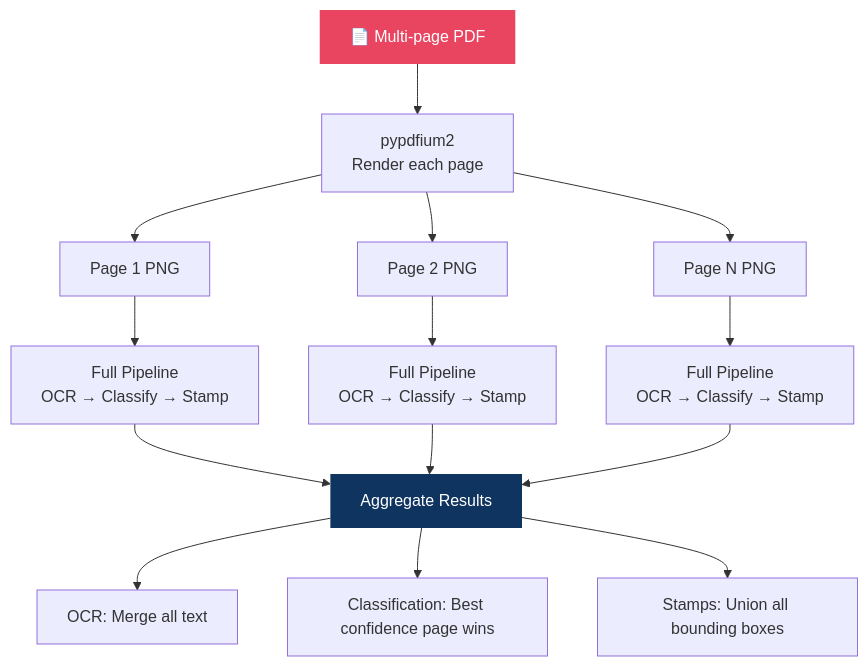
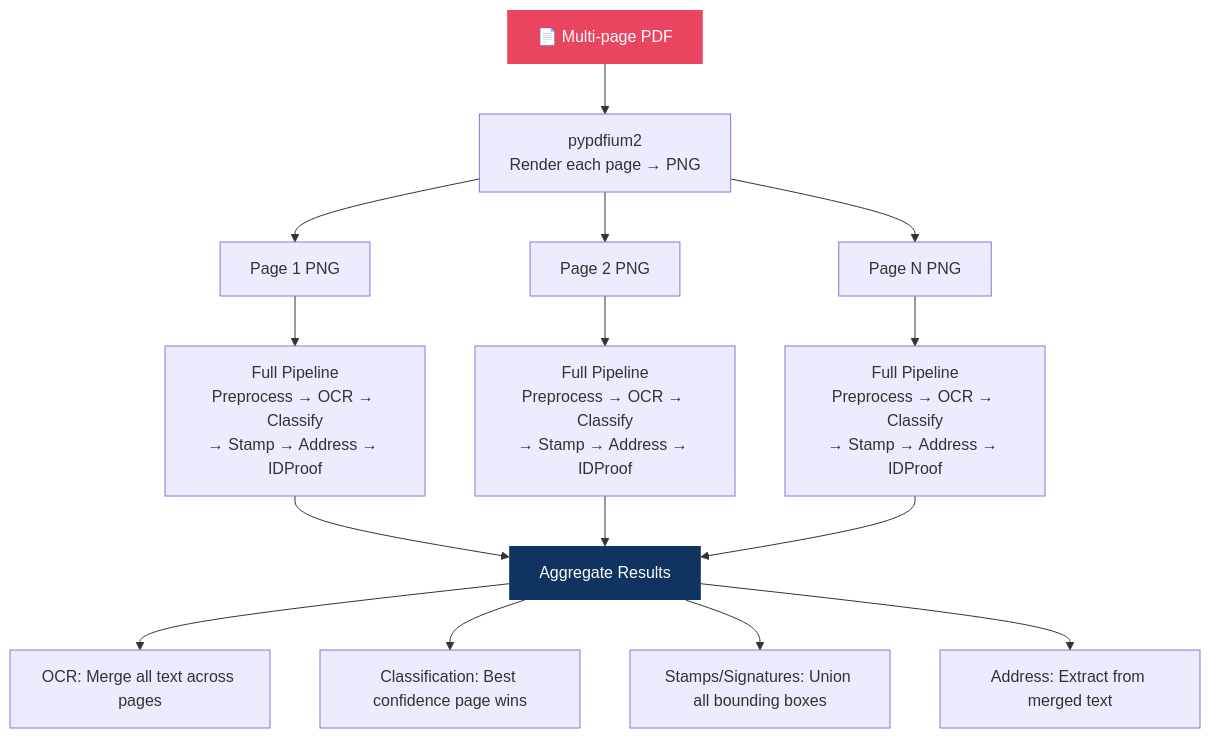
Before and after one commit to Sakshisingh-BV/Intellicheck-Docs: the third of 11 diagrams in ARCHITECTURE.md, drawn with Mermaid. The commit also changed other lines of this file, not shown here.

````diff
--- a/ARCHITECTURE.md
+++ b/ARCHITECTURE.md
@@ -188,22 +202,23 @@
 ```mermaid
 graph TB
-    PDF["📄 Multi-page PDF"] --> RENDER["pypdfium2<br/>Render each page"]
+    PDF["📄 Multi-page PDF"] --> RENDER["pypdfium2<br/>Render each page → PNG"]
     RENDER --> P1["Page 1 PNG"]
     RENDER --> P2["Page 2 PNG"]
     RENDER --> P3["Page N PNG"]
     
-    P1 --> PROC1["Full Pipeline<br/>OCR → Classify → Stamp"]
-    P2 --> PROC2["Full Pipeline<br/>OCR → Classify → Stamp"]
-    P3 --> PROC3["Full Pipeline<br/>OCR → Classify → Stamp"]
+    P1 --> PROC1["Full Pipeline<br/>Preprocess → OCR → Classify<br/>→ Stamp → Address → IDProof"]
+    P2 --> PROC2["Full Pipeline<br/>Preprocess → OCR → Classify<br/>→ Stamp → Address → IDProof"]
+    P3 --> PROC3["Full Pipeline<br/>Preprocess → OCR → Classify<br/>→ Stamp → Address → IDProof"]
     
     PROC1 --> AGG["Aggregate Results"]
     PROC2 --> AGG
     PROC3 --> AGG
     
-    AGG --> R1["OCR: Merge all text"]
+    AGG --> R1["OCR: Merge all text across pages"]
     AGG --> R2["Classification: Best confidence page wins"]
-    AGG --> R3["Stamps: Union all bounding boxes"]
+    AGG --> R3["Stamps/Signatures: Union all bounding boxes"]
+    AGG --> R4["Address: Extract from merged text"]
 
     style PDF fill:#e94560,color:#fff,stroke:none
     style AGG fill:#0f3460,color:#fff,stroke:none
 ```
````
